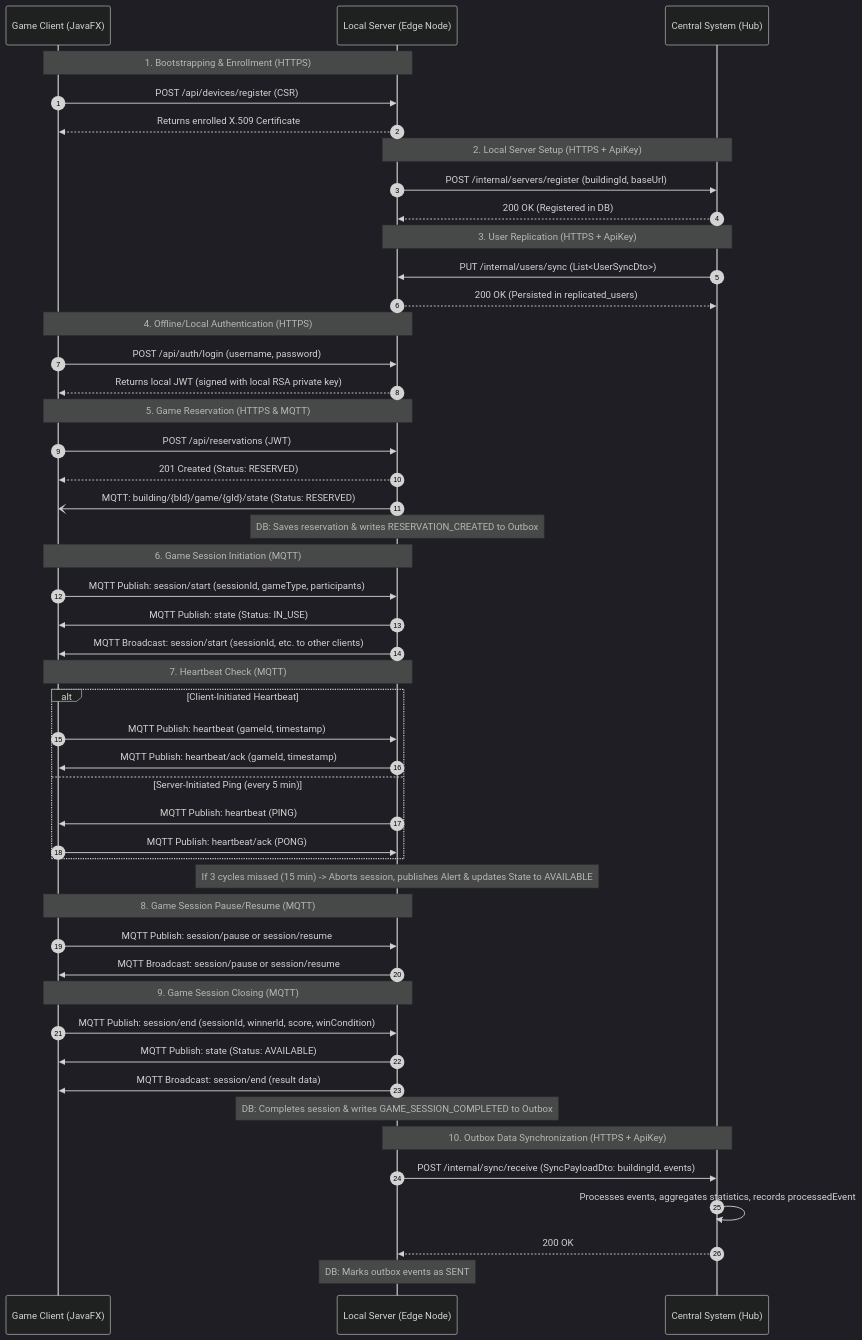
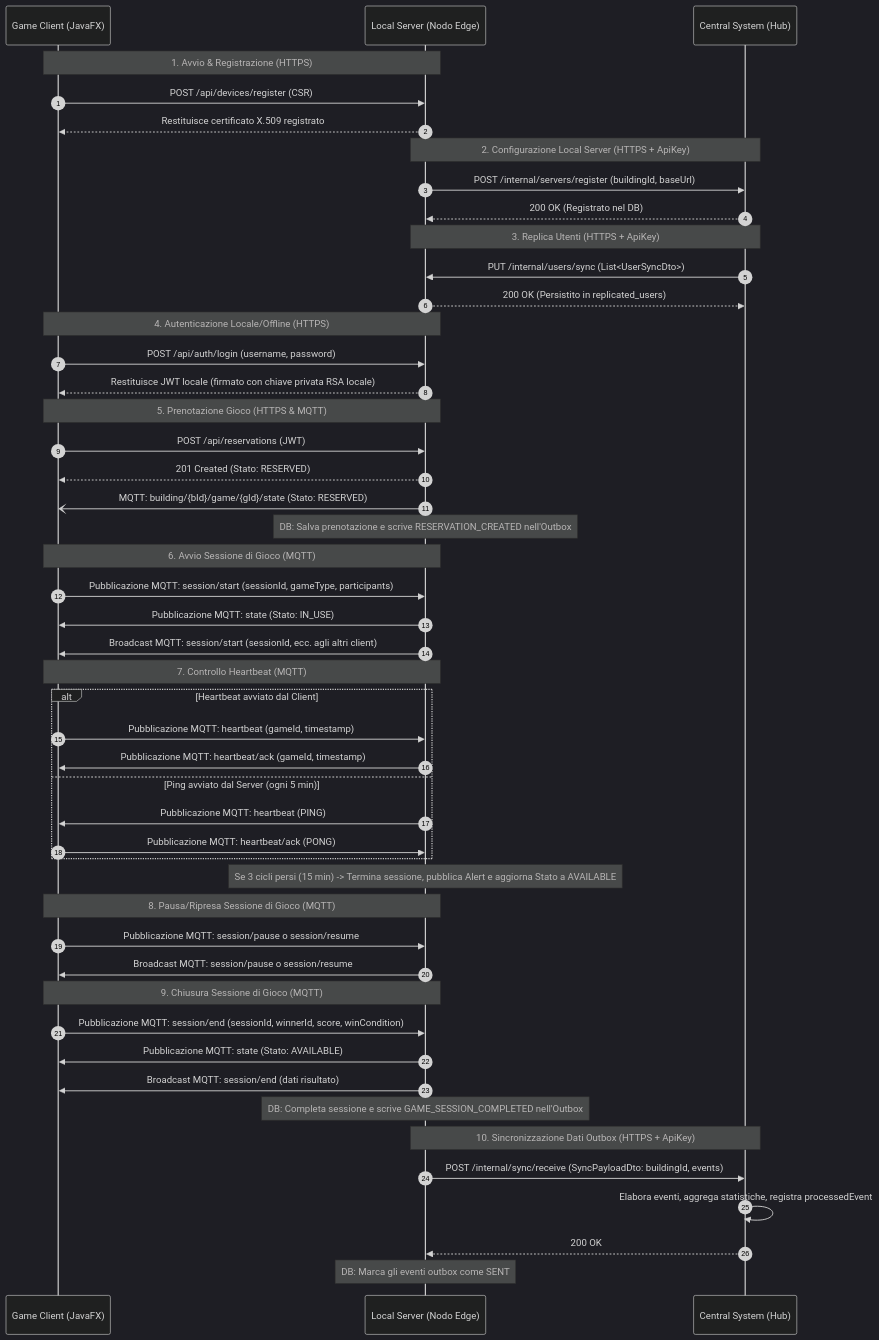
One commit to VisualLaser10New/GameHandler_26 changed the diagram in documenti/strutture/messages_flow.md. Above: the diagram before and after it, drawn with Mermaid (dark theme). The commit also changed other lines of this file and 38 other files, not shown here.

Commit message:
update docs: refine architectural details and translate message flows to Italian

````diff
--- a/documenti/strutture/messages_flow.md
+++ b/documenti/strutture/messages_flow.md
@@ -12,60 +12,60 @@
 ```mermaid
 sequenceDiagram
     autonumber
     participant Client as Game Client (JavaFX)
-    participant Local as Local Server (Edge Node)
+    participant Local as Local Server (Nodo Edge)
     participant Central as Central System (Hub)
 
-    Note over Client, Local: 1. Bootstrapping & Enrollment (HTTPS)
+    Note over Client, Local: 1. Avvio & Registrazione (HTTPS)
     Client->>Local: POST /api/devices/register (CSR)
-    Local-->>Client: Returns enrolled X.509 Certificate
+    Local-->>Client: Restituisce certificato X.509 registrato
 
-    Note over Local, Central: 2. Local Server Setup (HTTPS + ApiKey)
+    Note over Local, Central: 2. Configurazione Local Server (HTTPS + ApiKey)
     Local->>Central: POST /internal/servers/register (buildingId, baseUrl)
-    Central-->>Local: 200 OK (Registered in DB)
+    Central-->>Local: 200 OK (Registrato nel DB)
 
-    Note over Central, Local: 3. User Replication (HTTPS + ApiKey)
+    Note over Central, Local: 3. Replica Utenti (HTTPS + ApiKey)
     Central->>Local: PUT /internal/users/sync (List<UserSyncDto>)
-    Local-->>Central: 200 OK (Persisted in replicated_users)
+    Local-->>Central: 200 OK (Persistito in replicated_users)
 
-    Note over Client, Local: 4. Offline/Local Authentication (HTTPS)
+    Note over Client, Local: 4. Autenticazione Locale/Offline (HTTPS)
     Client->>Local: POST /api/auth/login (username, password)
-    Local-->>Client: Returns local JWT (signed with local RSA private key)
+    Local-->>Client: Restituisce JWT locale (firmato con chiave privata RSA locale)
 
-    Note over Client, Local: 5. Game Reservation (HTTPS & MQTT)
+    Note over Client, Local: 5. Prenotazione Gioco (HTTPS & MQTT)
     Client->>Local: POST /api/reservations (JWT)
-    Local-->>Client: 201 Created (Status: RESERVED)
-    Local-)Client: MQTT: building/{bId}/game/{gId}/state (Status: RESERVED)
-    Note over Local: DB: Saves reservation & writes RESERVATION_CREATED to Outbox
+    Local-->>Client: 201 Created (Stato: RESERVED)
+    Local-)Client: MQTT: building/{bId}/game/{gId}/state (Stato: RESERVED)
+    Note over Local: DB: Salva prenotazione e scrive RESERVATION_CREATED nell'Outbox
 
-    Note over Client, Local: 6. Game Session Initiation (MQTT)
-    Client->>Local: MQTT Publish: session/start (sessionId, gameType, participants)
-    Local->>Client: MQTT Publish: state (Status: IN_USE)
-    Local->>Client: MQTT Broadcast: session/start (sessionId, etc. to other clients)
+    Note over Client, Local: 6. Avvio Sessione di Gioco (MQTT)
+    Client->>Local: Pubblicazione MQTT: session/start (sessionId, gameType, participants)
+    Local->>Client: Pubblicazione MQTT: state (Stato: IN_USE)
+    Local->>Client: Broadcast MQTT: session/start (sessionId, ecc. agli altri client)
 
-    Note over Client, Local: 7. Heartbeat Check (MQTT)
-    alt Client-Initiated Heartbeat
-        Client->>Local: MQTT Publish: heartbeat (gameId, timestamp)
-        Local->>Client: MQTT Publish: heartbeat/ack (gameId, timestamp)
-    else Server-Initiated Ping (every 5 min)
-        Local->>Client: MQTT Publish: heartbeat (PING)
-        Client->>Local: MQTT Publish: heartbeat/ack (PONG)
+    Note over Client, Local: 7. Controllo Heartbeat (MQTT)
+    alt Heartbeat avviato dal Client
+        Client->>Local: Pubblicazione MQTT: heartbeat (gameId, timestamp)
+        Local->>Client: Pubblicazione MQTT: heartbeat/ack (gameId, timestamp)
+    else Ping avviato dal Server (ogni 5 min)
+        Local->>Client: Pubblicazione MQTT: heartbeat (PING)
+        Client->>Local: Pubblicazione MQTT: heartbeat/ack (PONG)
     end
-    Note over Local: If 3 cycles missed (15 min) -> Aborts session, publishes Alert & updates State to AVAILABLE
+    Note over Local: Se 3 cicli persi (15 min) -> Termina sessione, pubblica Alert e aggiorna Stato a AVAILABLE
 
-    Note over Client, Local: 8. Game Session Pause/Resume (MQTT)
-    Client->>Local: MQTT Publish: session/pause or session/resume
-    Local->>Client: MQTT Broadcast: session/pause or session/resume
+    Note over Client, Local: 8. Pausa/Ripresa Sessione di Gioco (MQTT)
+    Client->>Local: Pubblicazione MQTT: session/pause o session/resume
+    Local->>Client: Broadcast MQTT: session/pause o session/resume
 
-    Note over Client, Local: 9. Game Session Closing (MQTT)
-    Client->>Local: MQTT Publish: session/end (sessionId, winnerId, score, winCondition)
-    Local->>Client: MQTT Publish: state (Status: AVAILABLE)
-    Local->>Client: MQTT Broadcast: session/end (result data)
-    Note over Local: DB: Completes session & writes GAME_SESSION_COMPLETED to Outbox
+    Note over Client, Local: 9. Chiusura Sessione di Gioco (MQTT)
+    Client->>Local: Pubblicazione MQTT: session/end (sessionId, winnerId, score, winCondition)
+    Local->>Client: Pubblicazione MQTT: state (Stato: AVAILABLE)
+    Local->>Client: Broadcast MQTT: session/end (dati risultato)
+    Note over Local: DB: Completa sessione e scrive GAME_SESSION_COMPLETED nell'Outbox
 
-    Note over Local, Central: 10. Outbox Data Synchronization (HTTPS + ApiKey)
+    Note over Local, Central: 10. Sincronizzazione Dati Outbox (HTTPS + ApiKey)
     Local->>Central: POST /internal/sync/receive (SyncPayloadDto: buildingId, events)
-    Central->>Central: Processes events, aggregates statistics, records processedEvent
+    Central->>Central: Elabora eventi, aggrega statistiche, registra processedEvent
     Central-->>Local: 200 OK
-    Note over Local: DB: Marks outbox events as SENT
+    Note over Local: DB: Marca gli eventi outbox come SENT
 ```
````
